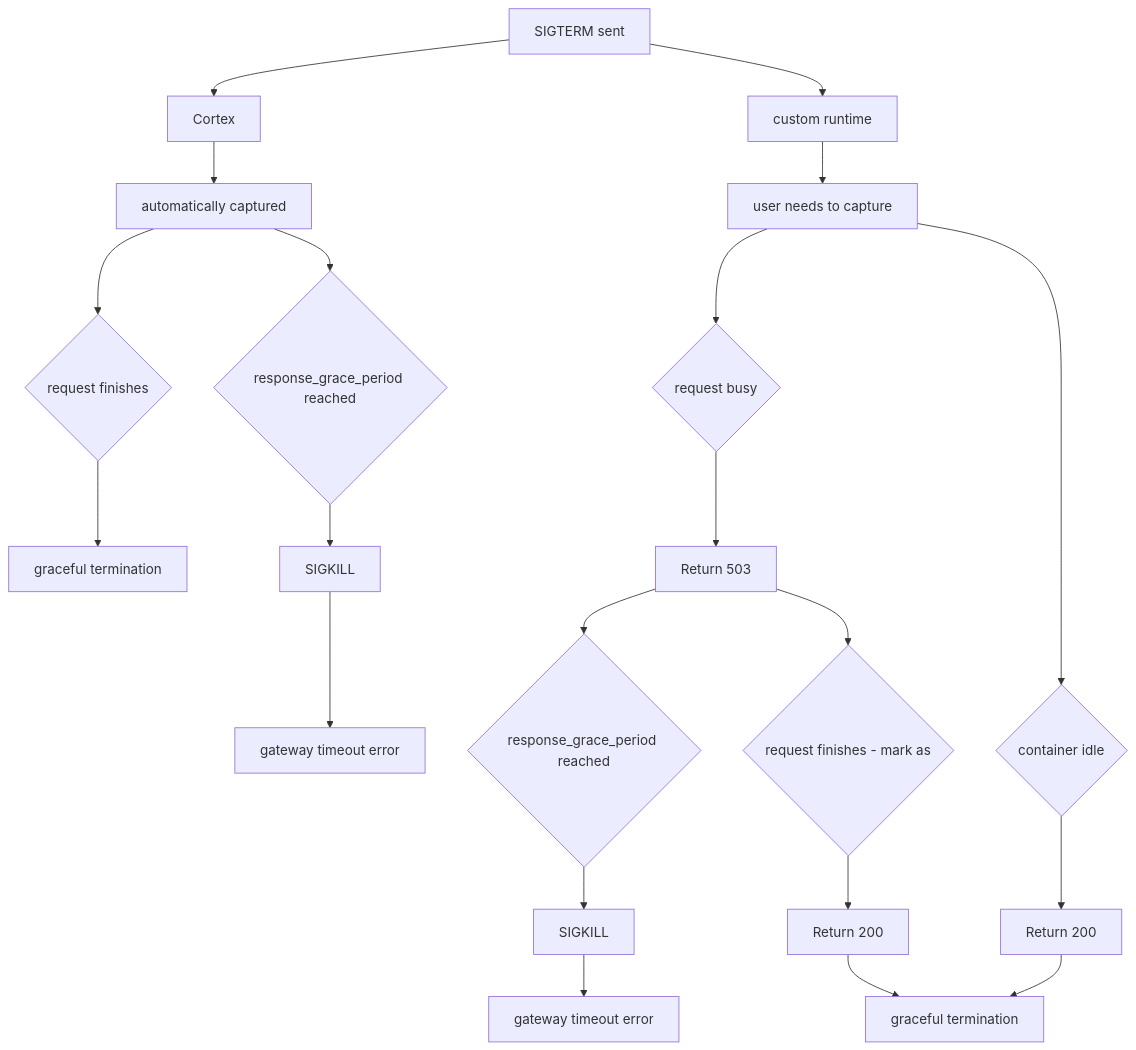
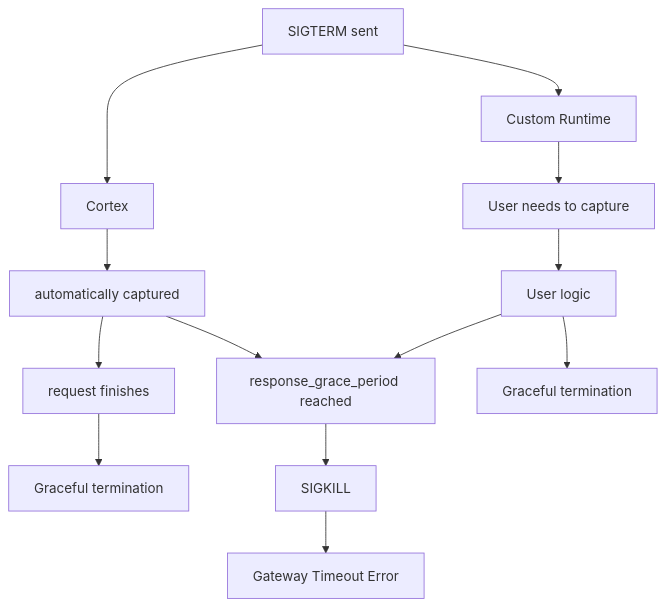
The diagram in cerebrium/scaling/graceful-termination.mdx (CerebriumAI/documentation), drawn with Mermaid before and after one commit. The commit also changed other lines of this file and 2 other files, not shown here.

````diff
--- a/cerebrium/scaling/graceful-termination.mdx
+++ b/cerebrium/scaling/graceful-termination.mdx
@@ -21,31 +23,21 @@
 ```mermaid
 flowchart TD
     A[SIGTERM sent] --> B[Cortex]
-    A --> C[custom runtime]
+    A --> C[Custom Runtime]
     
     B --> D[automatically captured]
-    C --> E[user needs to capture]
+    C --> E[User needs to capture]
     
-    D --> F{request finishes}
-    D --> G{response_grace_period reached}
+    D --> F[request finishes]
+    D --> G[response_grace_period reached]
     
-    E --> H{request busy}
-    E --> I{container idle}
+    E --> H[User logic]
     
-    F --> J[graceful termination]
-    G --> K[SIGKILL]
-    K --> L[gateway timeout error]
+    F --> I[Graceful termination]
+    G --> J[SIGKILL]
     
-    H --> M[Return 503]
-    I --> N[Return 200]
+    H --> O[Graceful termination]
+    H --> G[response_grace_period reached]
     
-    M --> O{response_grace_period reached}
-    M --> P{request finishes - mark as}
-    
-    O --> Q[SIGKILL]
-    Q --> R[gateway timeout error]
-    
-    P --> S[Return 200]
-    N --> T[graceful termination]
-    S --> T
+    J --> K[Gateway Timeout Error]
 ```
````
